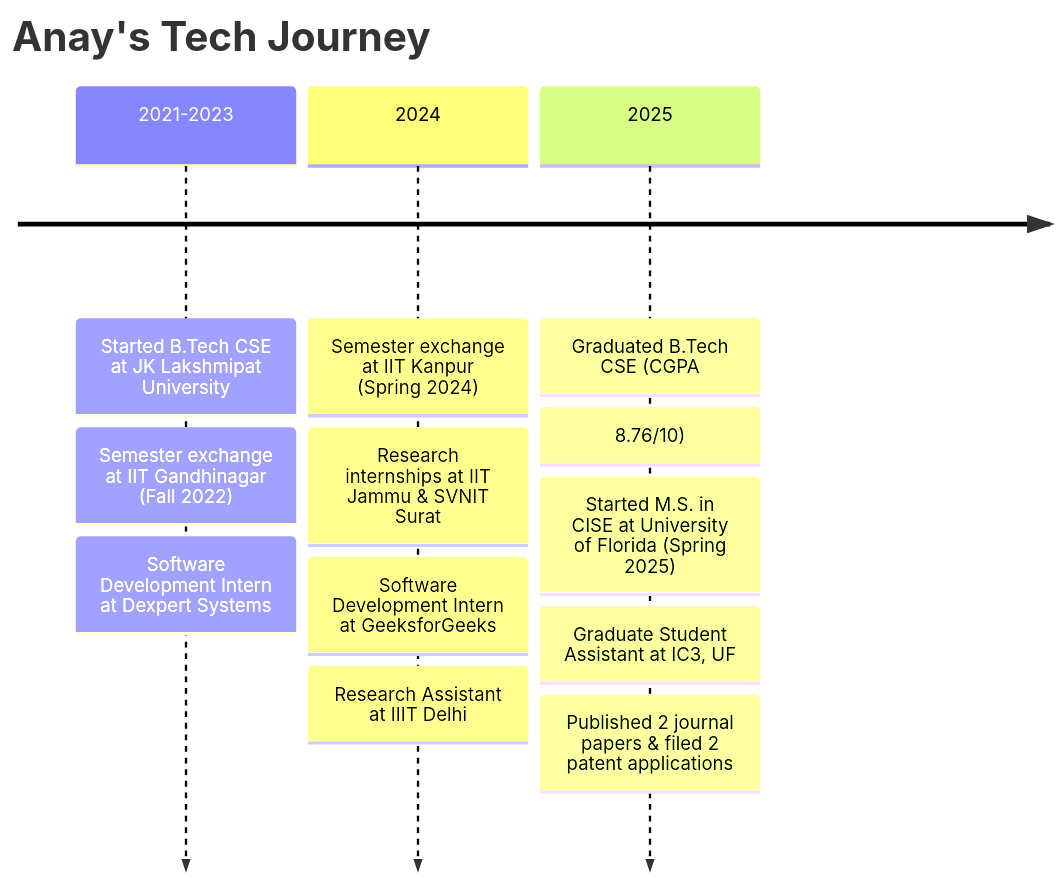
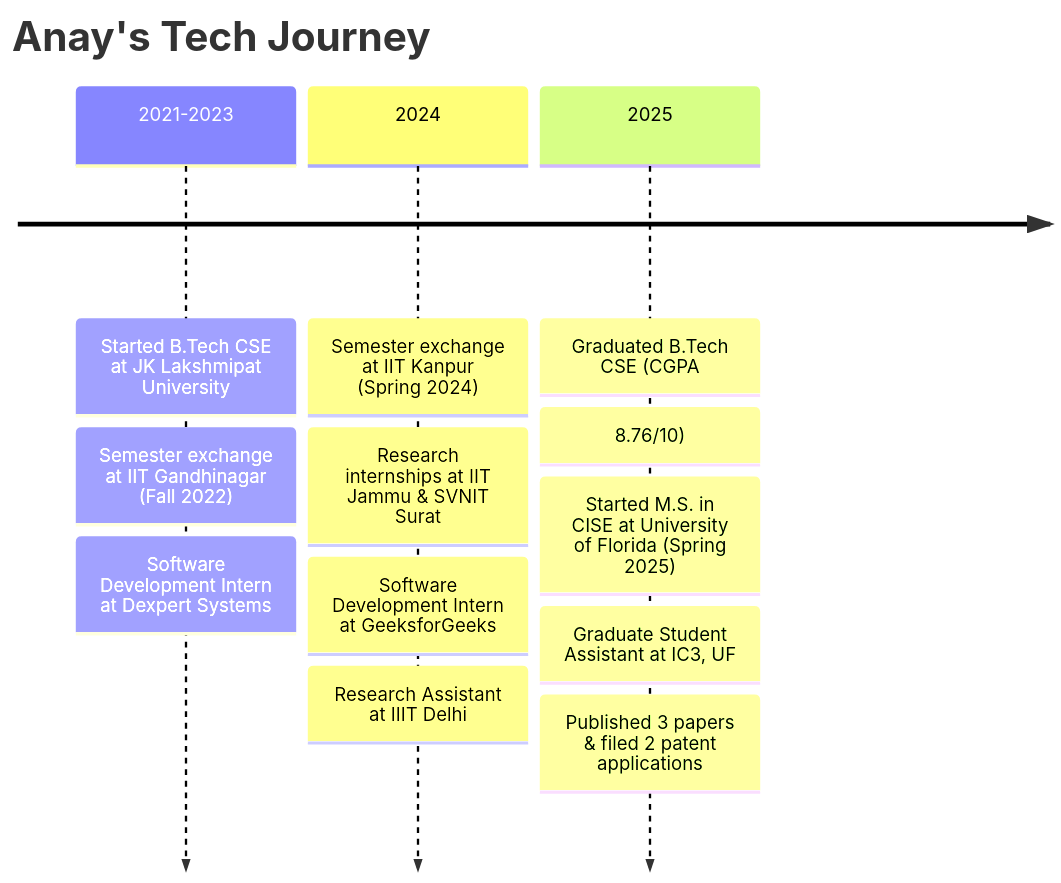
Before and after one commit to anayy09/anayy09: the diagram in README.md, drawn with Mermaid. The commit also changed other lines of this file, not shown here.

````diff
--- a/README.md
+++ b/README.md
@@ -148,19 +148,19 @@
 ```mermaid
 timeline
     title Anay's Tech Journey
     
     2021-2023 : Started B.Tech CSE at JK Lakshmipat University
               : Semester exchange at IIT Gandhinagar (Fall 2022)
               : Software Development Intern at Dexpert Systems
     
     2024 : Semester exchange at IIT Kanpur (Spring 2024)
          : Research internships at IIT Jammu & SVNIT Surat
          : Software Development Intern at GeeksforGeeks
          : Research Assistant at IIIT Delhi
     
     2025 : Graduated B.Tech CSE (CGPA: 8.76/10)
          : Started M.S. in CISE at University of Florida (Spring 2025)
          : Graduate Student Assistant at IC3, UF
-         : Published 2 journal papers & filed 2 patent applications
+         : Published 3 papers & filed 2 patent applications
 
 ```
````
